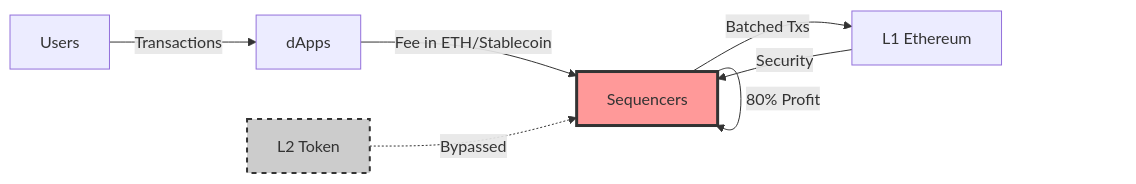
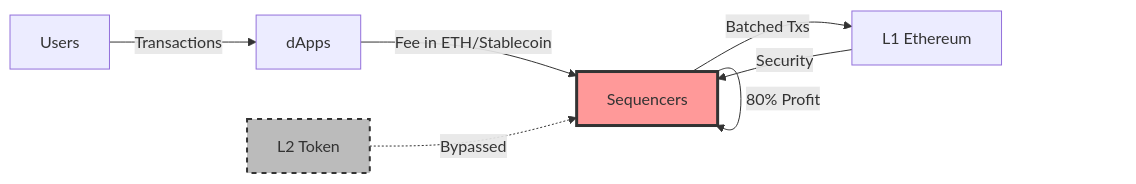
One commit to ljg-cqu/knowledge changed the second of 16 diagrams in Industry/Blockchain/Blockchain/ValueChain/QA_DeepSeek.md. Above: the diagram before and after it, drawn with Mermaid. The commit also changed other lines of this file and 6 other files, not shown here.

````diff
--- a/Industry/Blockchain/Blockchain/ValueChain/QA_DeepSeek.md
+++ b/Industry/Blockchain/Blockchain/ValueChain/QA_DeepSeek.md
@@ -68,12 +68,12 @@
 ```mermaid
 graph LR
     A[Users] -->|Transactions| B[dApps]
     B -->|Fee in ETH/Stablecoin| C[Sequencers]
     C -->|Batched Txs| D[L1 Ethereum]
     C -->|80% Profit| C
     D -->|Security| C
     E[L2 Token] -.->|Bypassed| C
     
     style C fill:#f99,stroke:#333,stroke-width:3px
-    style E fill:#ccc,stroke:#333,stroke-width:2px,stroke-dasharray: 5 5
+    style E fill:#bbb,stroke:#333,stroke-width:2px,stroke-dasharray: 5 5
 ```
````
